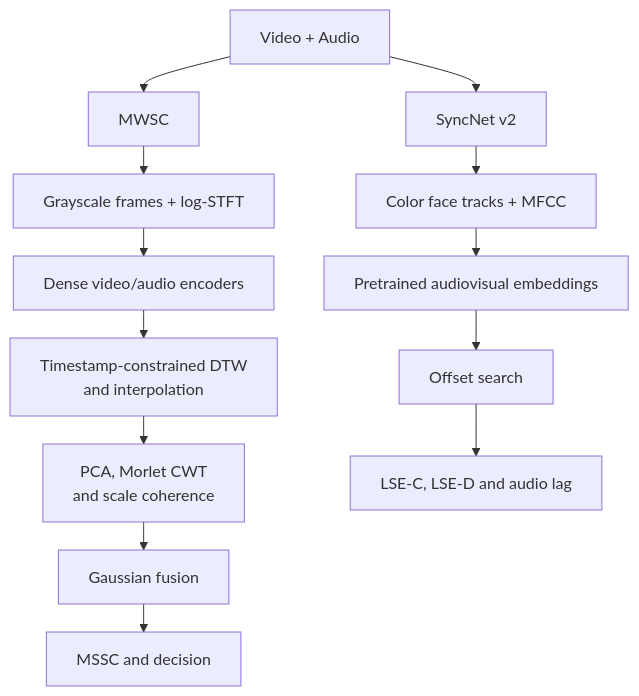
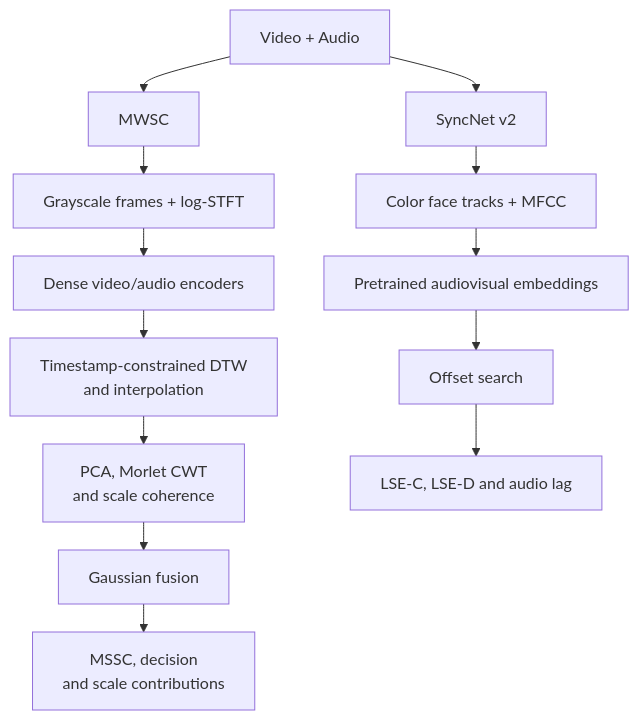
One commit to wlz05/MWSC changed the diagram in README.md. Above: the diagram before and after it, drawn with Mermaid. The commit also changed other lines of this file and 14 other files, not shown here.

````diff
--- a/README.md
+++ b/README.md
@@ -9,21 +9,21 @@
 ```mermaid
 ---
 config:
   flowchart:
     wrappingWidth: 260
     rankSpacing: 28
 ---
 flowchart TD
     AV["Video + Audio"] --> M["MWSC"]
     AV --> S["SyncNet v2"]
     M --> MP["Grayscale frames + log-STFT"]
     MP --> ME["Dense video/audio encoders"]
     ME --> MA["Timestamp-constrained DTW<br/>and interpolation"]
     MA --> MW["PCA, Morlet CWT<br/>and scale coherence"]
     MW --> MF["Gaussian fusion"]
-    MF --> MD["MSSC and decision"]
+    MF --> MD["MSSC, decision<br/>and scale contributions"]
     S --> SP["Color face tracks + MFCC"]
     SP --> SE["Pretrained audiovisual embeddings"]
     SE --> SO["Offset search"]
     SO --> SD["LSE-C, LSE-D and audio lag"]
 ```
````
